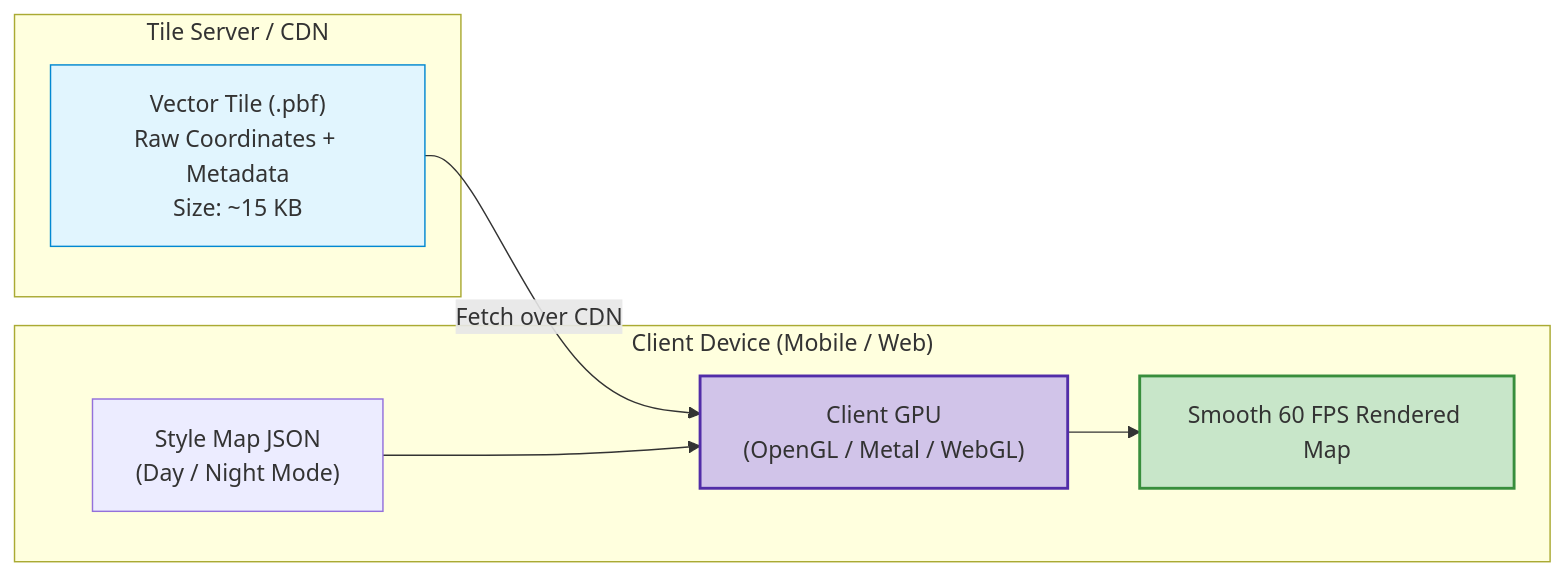
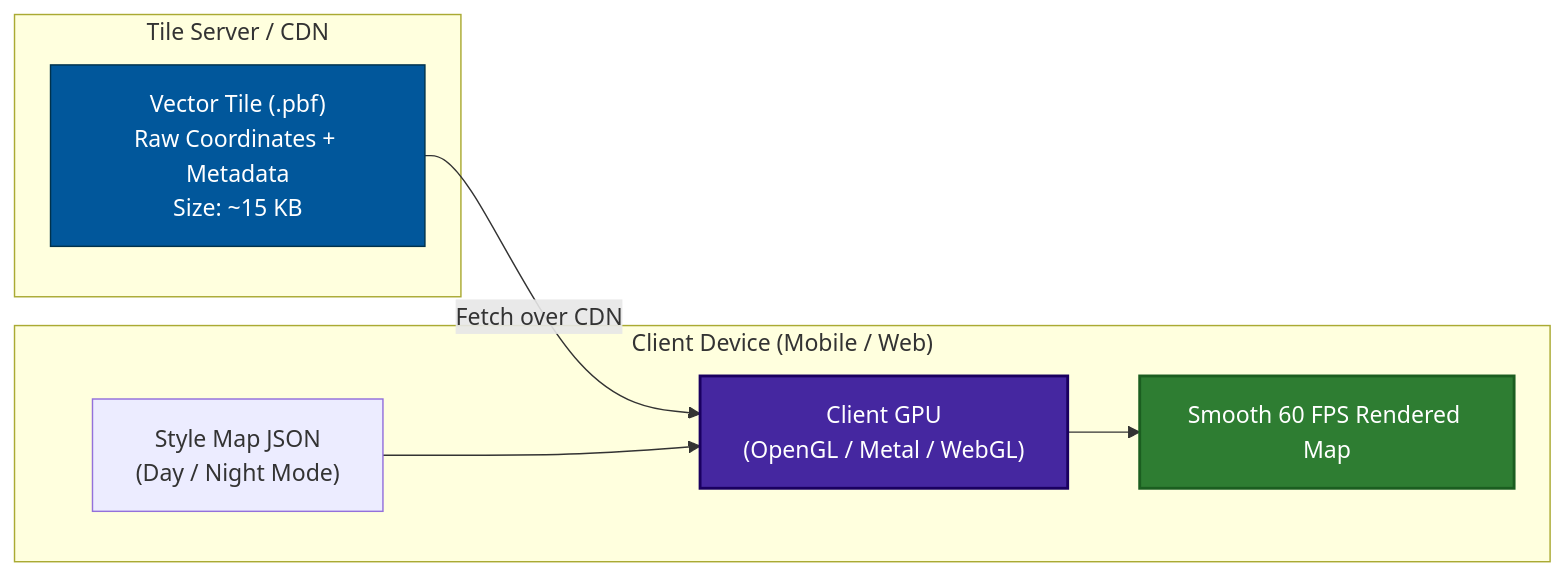
One commit to riyaz-pasha/Learnings changed diagram 17 of 20 in system-design/HLD/0-course/28-Design Google Maps-FAANG-Guide-story.md. Above: the diagram before and after it, drawn with Mermaid. The commit also changed other lines of this file and 1 other file, not shown here.

First line of the commit message:
[HLD] Make Google Maps guide mermaid diagram colors theme-safe

````diff
--- a/system-design/HLD/0-course/28-Design Google Maps-FAANG-Guide-story.md
+++ b/system-design/HLD/0-course/28-Design Google Maps-FAANG-Guide-story.md
@@ -850,20 +850,20 @@
 ```mermaid
 flowchart LR
     subgraph Server["Tile Server / CDN"]
         VectorData["Vector Tile (.pbf)<br/>Raw Coordinates + Metadata<br/>Size: ~15 KB"]
     end
 
     subgraph Client["Client Device (Mobile / Web)"]
         GPU["Client GPU<br/>(OpenGL / Metal / WebGL)"]
         StyleSheet["Style Map JSON<br/>(Day / Night Mode)"]
         RenderedMap["Smooth 60 FPS Rendered Map"]
     end
 
     VectorData -->|"Fetch over CDN"| GPU
     StyleSheet --> GPU
     GPU --> RenderedMap
 
-    style VectorData fill:#e1f5fe,stroke:#0288d1
-    style GPU fill:#d1c4e9,stroke:#512da8,stroke-width:2px
-    style RenderedMap fill:#c8e6c9,stroke:#388e3c,stroke-width:2px
+    style VectorData fill:#01579b,stroke:#00324d,color:#ffffff
+    style GPU fill:#4527a0,stroke:#1a0060,color:#ffffff,stroke-width:2px
+    style RenderedMap fill:#2e7d32,stroke:#1b5e20,color:#ffffff,stroke-width:2px
 ```
````
